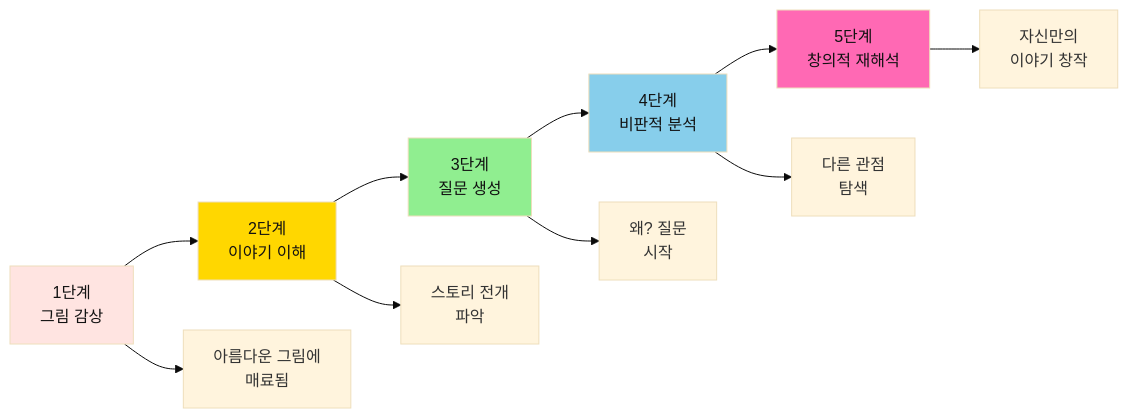
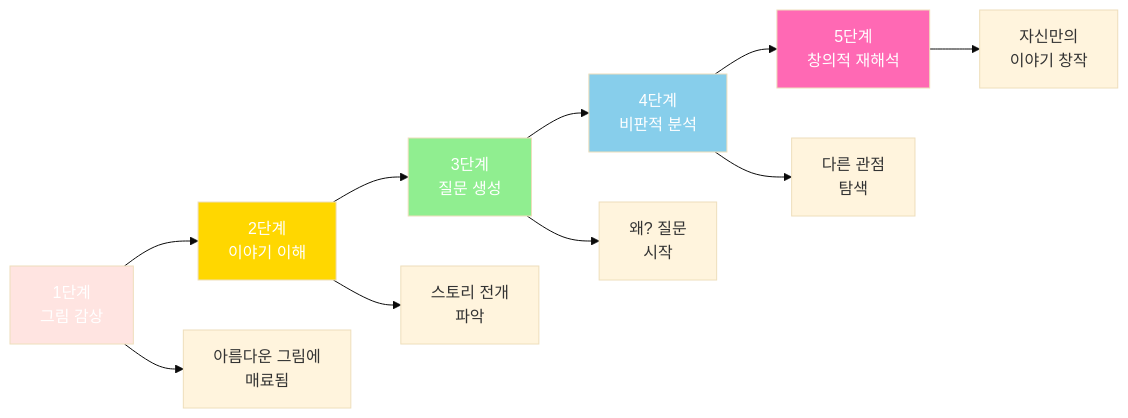
One commit to Collegenie-X/froebel changed diagram 15 of 22 in 2단계_유아초등교육커리큘럼.md. Above: the diagram before and after it, drawn with Mermaid (base theme). The commit also changed other lines of this file and 4 other files, not shown here.

````diff
--- a/2단계_유아초등교육커리큘럼.md
+++ b/2단계_유아초등교육커리큘럼.md
@@ -567,19 +567,19 @@
 ```mermaid
 graph LR
     A[1단계<br/>그림 감상] --> B[2단계<br/>이야기 이해]
     B --> C[3단계<br/>질문 생성]
     C --> D[4단계<br/>비판적 분석]
     D --> E[5단계<br/>창의적 재해석]
     
     A --> A1[아름다운 그림에<br/>매료됨]
     B --> B1[스토리 전개<br/>파악]
     C --> C1["왜?" 질문<br/>시작]
     D --> D1[다른 관점<br/>탐색]
     E --> E1[자신만의<br/>이야기 창작]
     
-    style A fill:#FFE4E1,color:#111
-    style B fill:#FFD700,color:#111
-    style C fill:#90EE90,color:#111
-    style D fill:#87CEEB,color:#111
-    style E fill:#FF69B4,color:#111
+    style A fill:#FFE4E1,color:#fff
+    style B fill:#FFD700,color:#fff
+    style C fill:#90EE90,color:#fff
+    style D fill:#87CEEB,color:#fff
+    style E fill:#FF69B4,color:#fff
 ```
````
